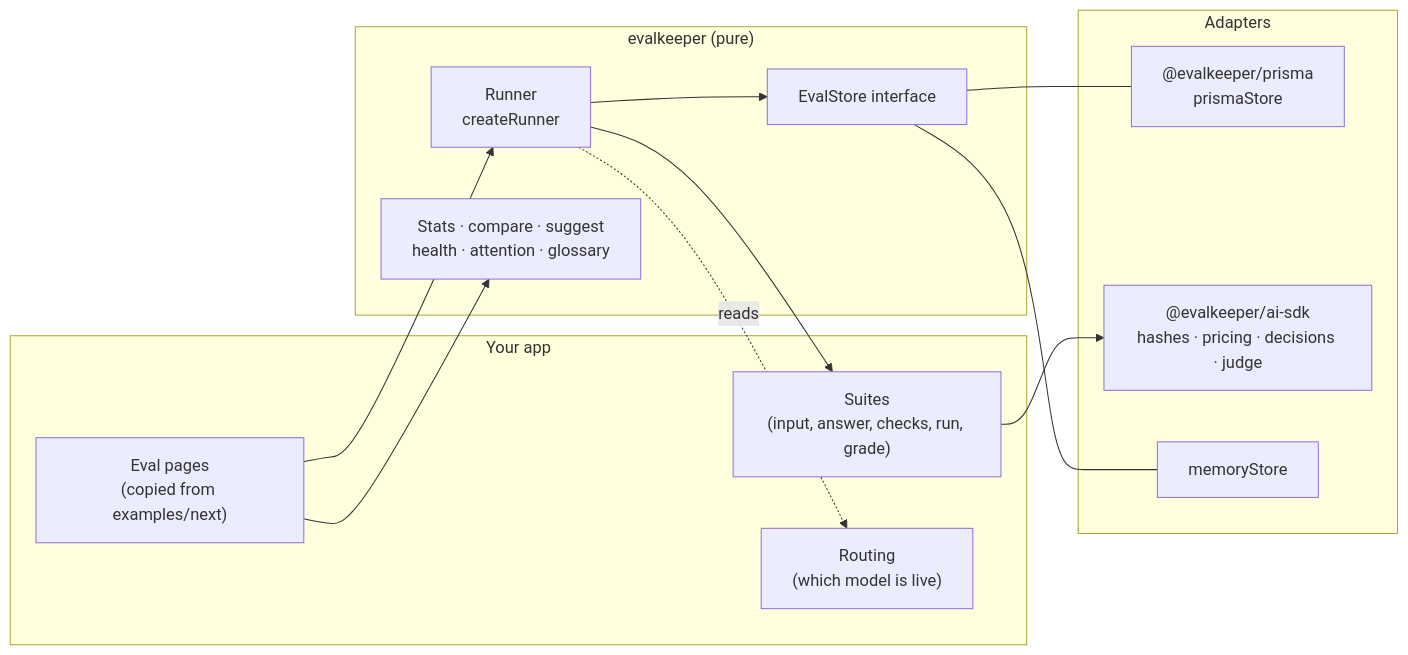
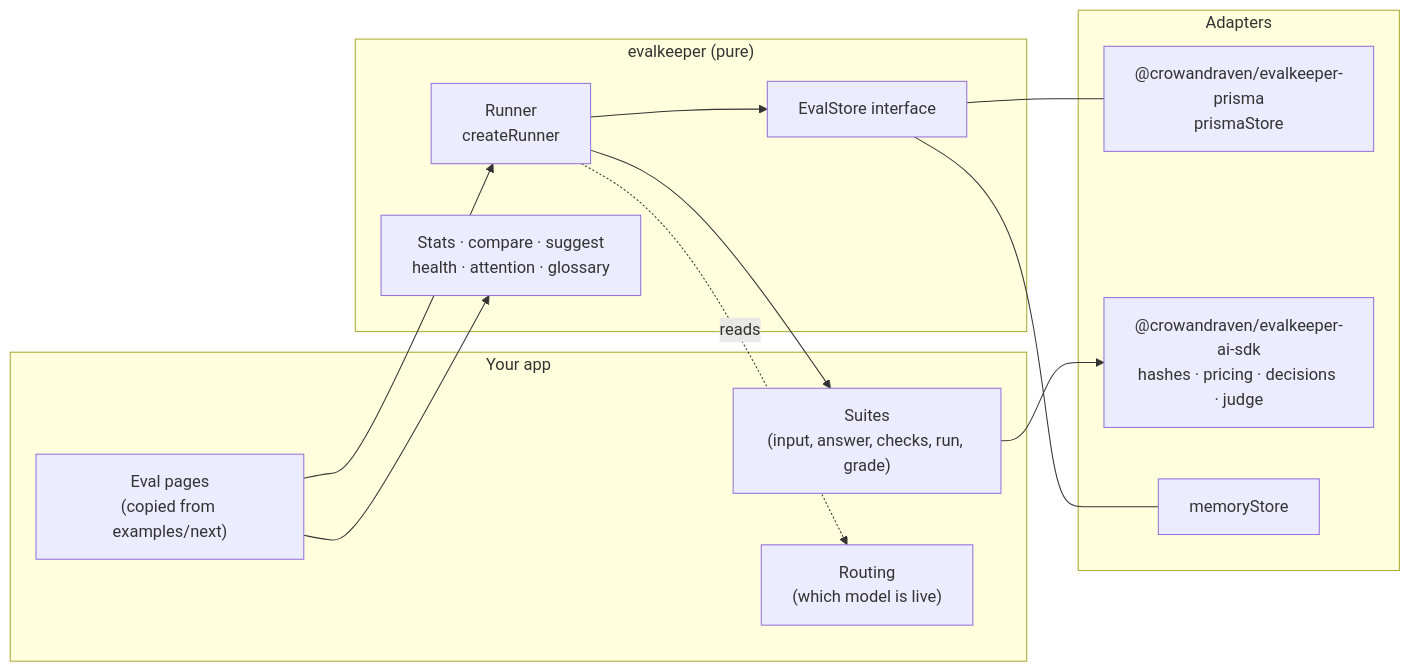
One commit to seanhudson/evalkeeper changed the diagram in docs/architecture.md. Above: the diagram before and after it, drawn with Mermaid. The commit also changed other lines of this file and 31 other files, not shown here.

````diff
--- a/docs/architecture.md
+++ b/docs/architecture.md
@@ -8,26 +8,26 @@
 ```mermaid
 flowchart LR
   subgraph app["Your app"]
     suites["Suites<br/>(input, answer, checks, run, grade)"]
     pages["Eval pages<br/>(copied from examples/next)"]
     routing["Routing<br/>(which model is live)"]
   end
   subgraph core["evalkeeper (pure)"]
     runner["Runner<br/>createRunner"]
     logic["Stats · compare · suggest<br/>health · attention · glossary"]
     store_if["EvalStore interface"]
   end
   subgraph adapters["Adapters"]
-    prisma["@evalkeeper/prisma<br/>prismaStore"]
-    aisdk["@evalkeeper/ai-sdk<br/>hashes · pricing · decisions · judge"]
+    prisma["@crowandraven/evalkeeper-prisma<br/>prismaStore"]
+    aisdk["@crowandraven/evalkeeper-ai-sdk<br/>hashes · pricing · decisions · judge"]
     memory["memoryStore"]
   end
   pages --> runner
   pages --> logic
   runner --> suites
   runner --> store_if
   runner -. reads .-> routing
   store_if --- prisma
   store_if --- memory
   suites --> aisdk
 ```
````
